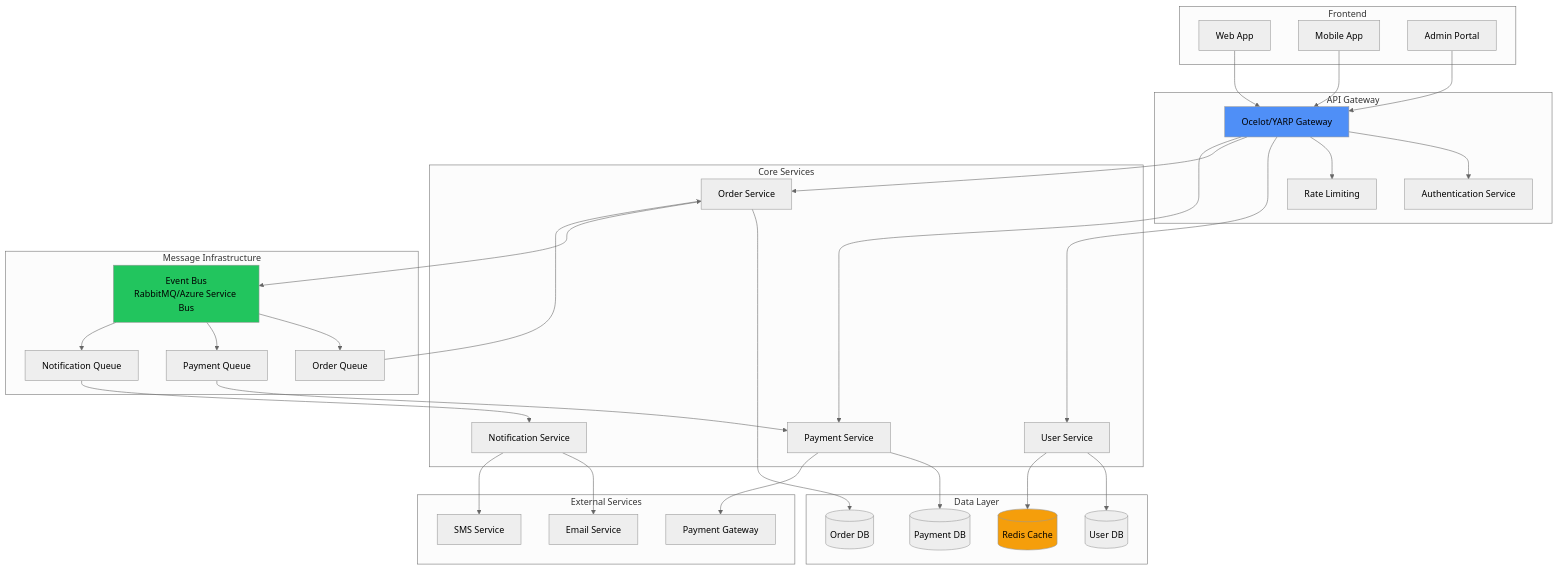
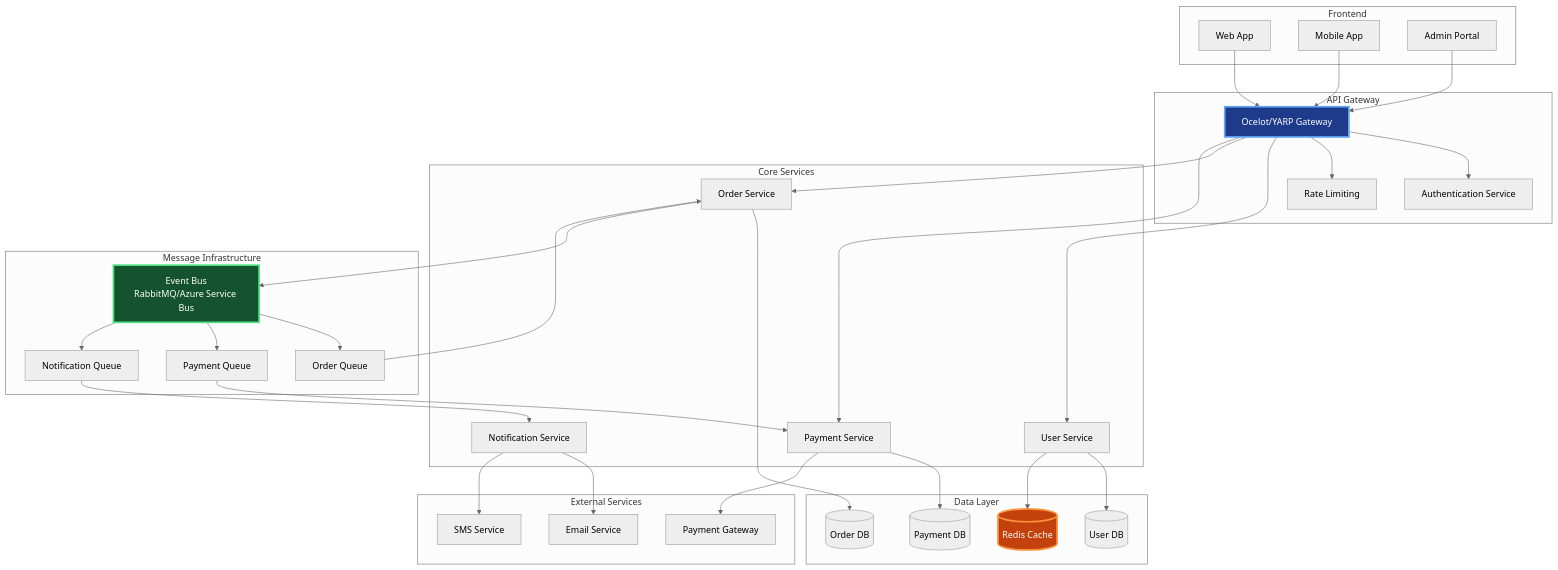
Before and after one commit to mleppedev/aio: the first of 2 diagrams in docs/tablas/microservicios-arquitectura.md, drawn with Mermaid (neutral theme). The commit also changed 16 other files, not shown here.

````diff
--- a/docs/tablas/microservicios-arquitectura.md
+++ b/docs/tablas/microservicios-arquitectura.md
@@ -88,72 +88,79 @@
 ```mermaid
 graph TB
     subgraph "Frontend"
         Web[Web App]
         Mobile[Mobile App]
         Admin[Admin Portal]
     end
 
     subgraph "API Gateway"
         Gateway[Ocelot/YARP Gateway]
         Auth[Authentication Service]
         Rate[Rate Limiting]
     end
 
     subgraph "Core Services"
         UserSvc[User Service]
         OrderSvc[Order Service]
         PaymentSvc[Payment Service]
         NotifSvc[Notification Service]
     end
 
     subgraph "Data Layer"
         UserDB[(User DB)]
         OrderDB[(Order DB)]
         PaymentDB[(Payment DB)]
         Cache[(Redis Cache)]
     end
 
     subgraph "Message Infrastructure"
         EventBus[Event Bus<br/>RabbitMQ/Azure Service Bus]
         Queue1[Order Queue]
         Queue2[Payment Queue]
         Queue3[Notification Queue]
     end
 
     subgraph "External Services"
         PaymentGW[Payment Gateway]
         EmailSvc[Email Service]
         SMSSvc[SMS Service]
     end
 
     Web --> Gateway
     Mobile --> Gateway
     Admin --> Gateway
 
     Gateway --> Auth
     Gateway --> Rate
     Gateway --> UserSvc
     Gateway --> OrderSvc
     Gateway --> PaymentSvc
 
     UserSvc --> UserDB
     UserSvc --> Cache
     OrderSvc --> OrderDB
     OrderSvc --> EventBus
     PaymentSvc --> PaymentDB
     PaymentSvc --> PaymentGW
     NotifSvc --> EmailSvc
     NotifSvc --> SMSSvc
 
     EventBus --> Queue1
     EventBus --> Queue2
     EventBus --> Queue3
 
     Queue1 --> OrderSvc
     Queue2 --> PaymentSvc
     Queue3 --> NotifSvc
 
-    style Gateway fill:#4f8ff7
-    style EventBus fill:#22c55e
-    style Cache fill:#f59e0b
+    classDef gateway fill:#1e3a8a,stroke:#60a5fa,stroke-width:3px,color:#ffffff
+    classDef messaging fill:#14532d,stroke:#4ade80,stroke-width:3px,color:#ffffff
+    classDef cache fill:#c2410c,stroke:#fb923c,stroke-width:3px,color:#ffffff
+    classDef service fill:#581c87,stroke:#c084fc,stroke-width:3px,color:#ffffff
+    classDef database fill:#be185d,stroke:#f472b6,stroke-width:3px,color:#ffffff
+    classDef external fill:#365314,stroke:#84cc16,stroke-width:3px,color:#ffffff
+    
+    class Gateway gateway
+    class EventBus messaging
+    class Cache cache
 ```
````
